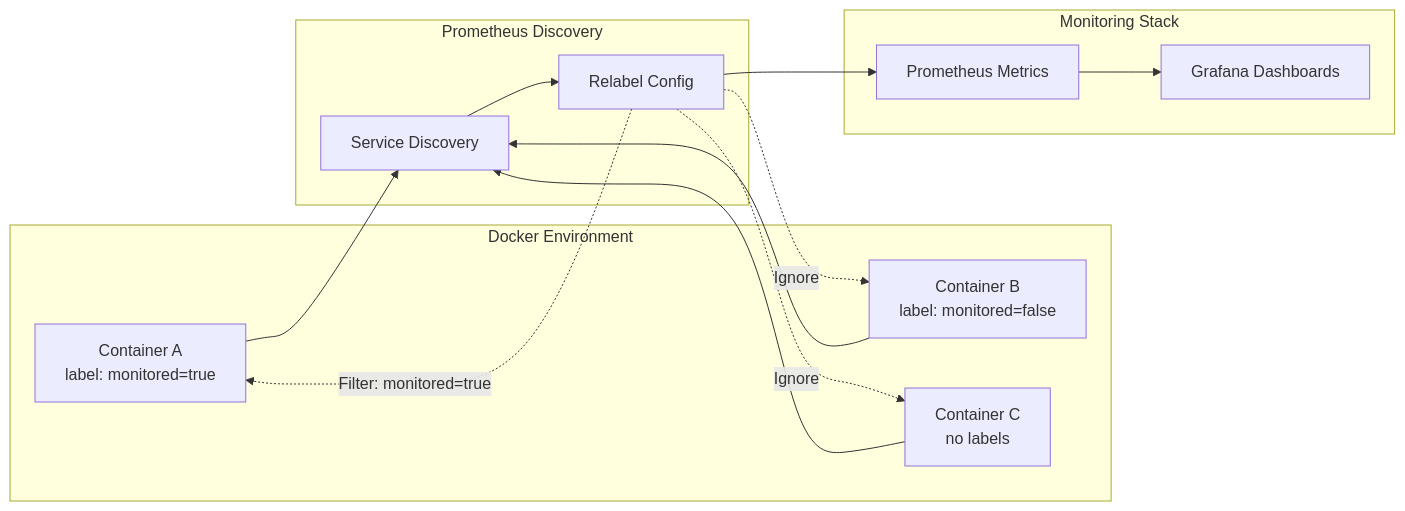
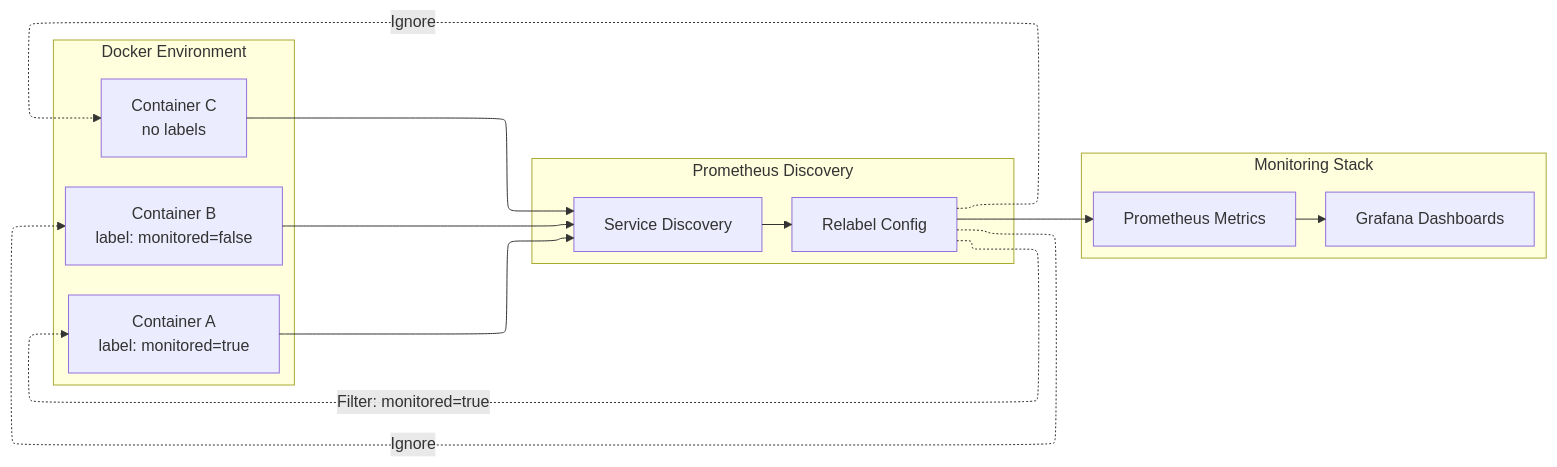
The second of 3 diagrams in README.md (Sirine-bit/docker-monitoring), drawn with Mermaid before and after one commit. The commit also changed other lines of this file, not shown here.

````diff
--- a/README.md
+++ b/README.md
@@ -158,29 +111,29 @@
 ```mermaid
+---
+config:
+  layout: elk
+---
 flowchart LR
-    subgraph "Docker Environment"
-        C1[Container A<br/>label: monitored=true]
-        C2[Container B<br/>label: monitored=false]
-        C3[Container C<br/>no labels]
-    end
-    
-    subgraph "Prometheus Discovery"
-        SD[Service Discovery]
-        RF[Relabel Config]
-    end
-    
-    subgraph "Monitoring Stack"
-        PM[Prometheus Metrics]
-        GD[Grafana Dashboards]
-    end
-    
+ subgraph subGraph0["Docker Environment"]
+        C1["Container A<br>label: monitored=true"]
+        C2["Container B<br>label: monitored=false"]
+        C3["Container C<br>no labels"]
+  end
+ subgraph subGraph1["Prometheus Discovery"]
+        SD["Service Discovery"]
+        RF["Relabel Config"]
+  end
+ subgraph subGraph2["Monitoring Stack"]
+        PM["Prometheus Metrics"]
+        GD["Grafana Dashboards"]
+  end
     C1 --> SD
     C2 --> SD
     C3 --> SD
     SD --> RF
     RF --> PM
     PM --> GD
-    
-    RF -.->|Filter: monitored=true| C1
-    RF -.->|Ignore| C2
-    RF -.->|Ignore| C3
+    RF -. "Filter: monitored=true" .-> C1
+    RF -. Ignore .-> C2 & C3
+
 ```
````
